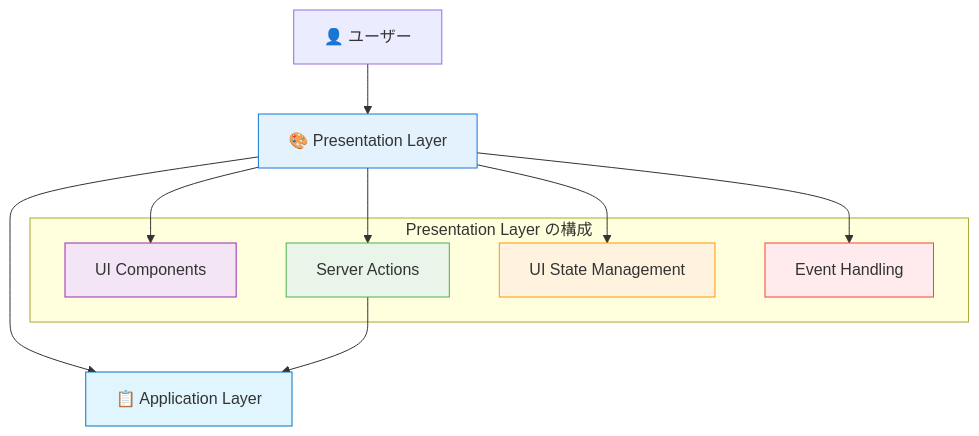
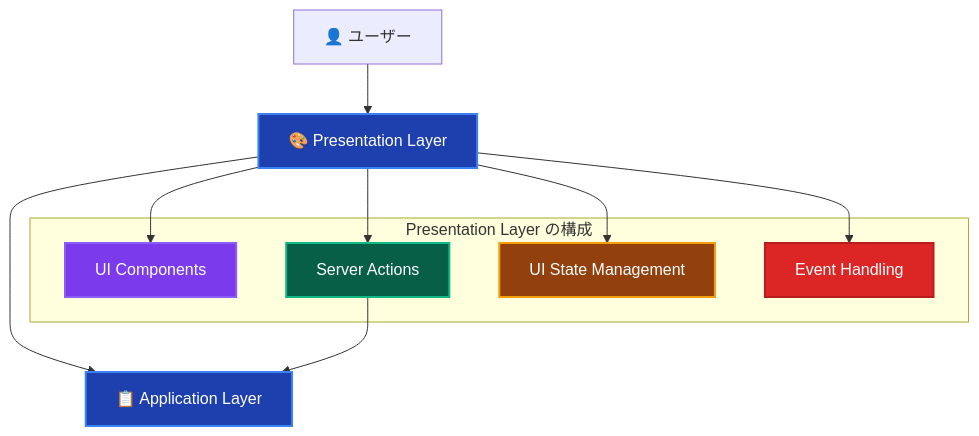
Before and after one commit to derushio/d-next-ddd-example: the first of 5 diagrams in _DOCS/guides/ddd/layers/presentation/presentation.md, drawn with Mermaid. The commit also changed other lines of this file and 31 other files, not shown here.

Commit message:
🎨: DOCSのMermaid図表カラーテーマを暗色に統一し視認性を向上

````diff
--- a/_DOCS/guides/ddd/layers/presentation/presentation.md
+++ b/_DOCS/guides/ddd/layers/presentation/presentation.md
@@ -13,26 +13,26 @@
 ```mermaid
 graph TD
     USER[👤 ユーザー] --> PRES[🎨 Presentation Layer]
     PRES --> APP[📋 Application Layer]
     
     subgraph "Presentation Layer の構成"
         UI[UI Components]
         SA[Server Actions]
         STATE[UI State Management]
         EVENT[Event Handling]
     end
     
     PRES --> UI
     PRES --> SA
     PRES --> STATE
     PRES --> EVENT
     
     SA --> APP
     
-    style PRES fill:#e3f2fd,stroke:#1976d2
-    style APP fill:#e1f5fe,stroke:#0277bd
-    style UI fill:#f3e5f5,stroke:#9c27b0
-    style SA fill:#e8f5e8,stroke:#4caf50
-    style STATE fill:#fff3e0,stroke:#ff9800
-    style EVENT fill:#ffebee,stroke:#f44336
+    style PRES fill:#1e40af,stroke:#3b82f6,stroke-width:2px,color:#ffffff
+    style APP fill:#1e40af,stroke:#3b82f6,stroke-width:2px,color:#ffffff
+    style UI fill:#7c3aed,stroke:#8b5cf6,stroke-width:2px,color:#ffffff
+    style SA fill:#065f46,stroke:#10b981,stroke-width:2px,color:#ffffff
+    style STATE fill:#92400e,stroke:#f59e0b,stroke-width:2px,color:#ffffff
+    style EVENT fill:#dc2626,stroke:#b91c1c,stroke-width:2px,color:#ffffff
 ```
````
